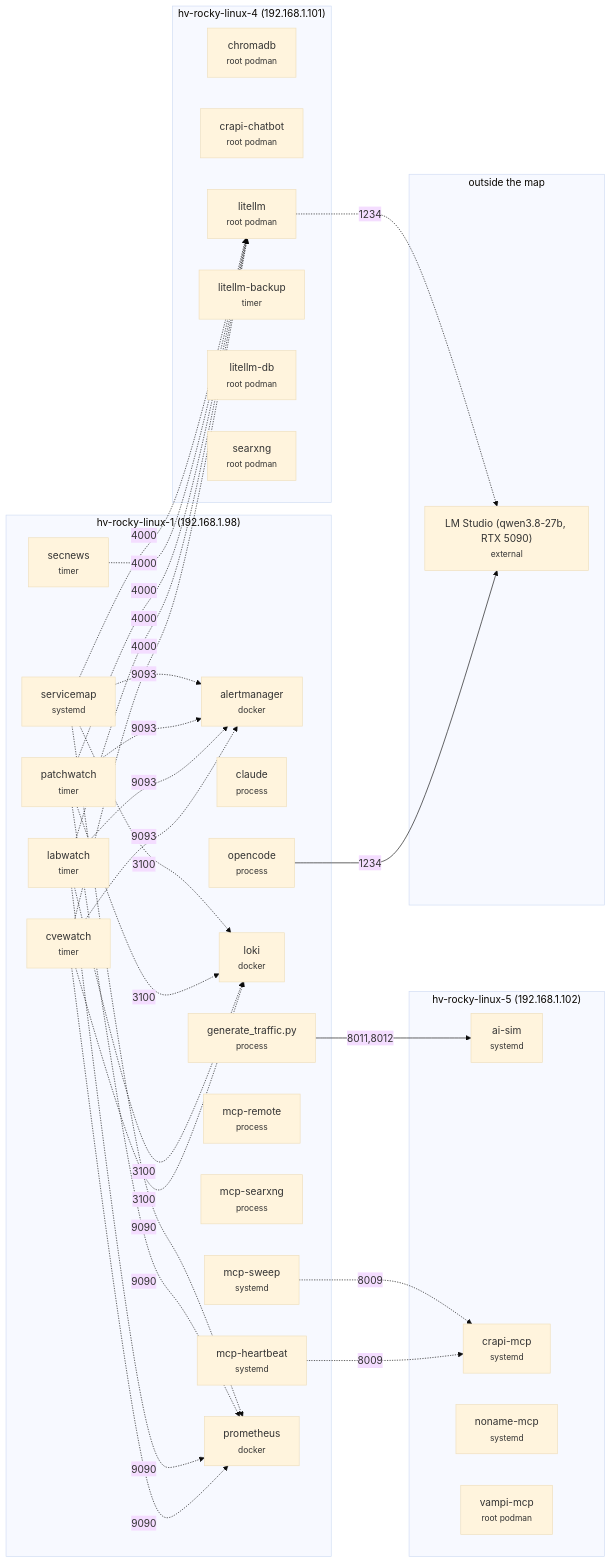
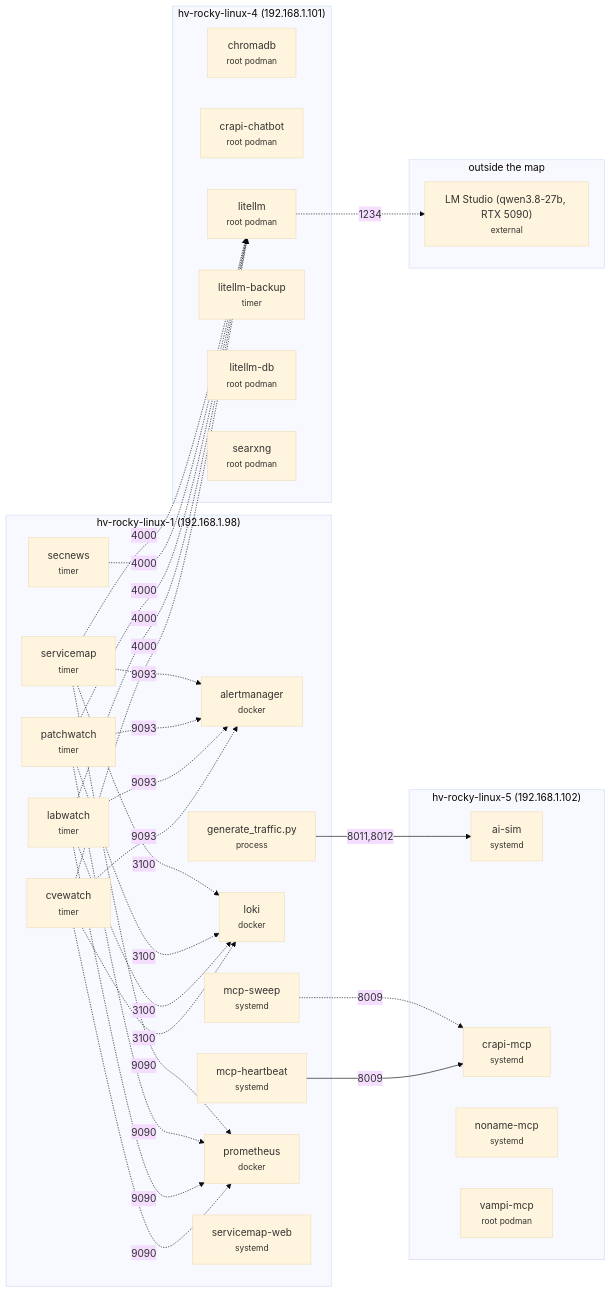
The diagram in service-map/README.md (mcropsey/cropsey-lab), drawn with Mermaid (base theme) before and after one commit. The commit also changed other lines of this file and 6 other files, not shown here.

First line of the commit message:
service-map: 2026-10-14 - -4 (claude, mcp-remote, mcp-searxng, opencode); 1 changed

````diff
--- a/service-map/README.md
+++ b/service-map/README.md
@@ -15,59 +17,55 @@
 ```mermaid
 flowchart LR
   subgraph ned5a715a["hv-rocky-linux-1 (192.168.1.98)"]
     n8f651301["alertmanager<br/><small>docker</small>"]
-    neb1af482["claude<br/><small>process</small>"]
     n8dc796a2["cvewatch<br/><small>timer</small>"]
     n48c4898e["generate_traffic.py<br/><small>process</small>"]
     nd6fb9104["labwatch<br/><small>timer</small>"]
     n941b31c1["loki<br/><small>docker</small>"]
     n5b143553["mcp-heartbeat<br/><small>systemd</small>"]
-    n7a268ec1["mcp-remote<br/><small>process</small>"]
-    nc17e9383["mcp-searxng<br/><small>process</small>"]
     n58c79f44["mcp-sweep<br/><small>systemd</small>"]
-    n78202db4["opencode<br/><small>process</small>"]
     nce8753db["patchwatch<br/><small>timer</small>"]
     n02586a2d["prometheus<br/><small>docker</small>"]
     n6d57d599["secnews<br/><small>timer</small>"]
-    n6a5837e4["servicemap<br/><small>systemd</small>"]
+    n6a5837e4["servicemap<br/><small>timer</small>"]
+    na22c2867["servicemap-web<br/><small>systemd</small>"]
   end
   subgraph n36ab8e4d["hv-rocky-linux-4 (192.168.1.101)"]
     n0461fc1d["chromadb<br/><small>root podman</small>"]
     n5c6b5155["crapi-chatbot<br/><small>root podman</small>"]
     ne2915bec["litellm<br/><small>root podman</small>"]
     n330d721c["litellm-backup<br/><small>timer</small>"]
     ncbec0408["litellm-db<br/><small>root podman</small>"]
     nbffaded7["searxng<br/><small>root podman</small>"]
   end
   subgraph nb61e3590["hv-rocky-linux-5 (192.168.1.102)"]
     nfaf72a42["ai-sim<br/><small>systemd</small>"]
     n0286a0d8["crapi-mcp<br/><small>systemd</small>"]
     nc32c2bb2["noname-mcp<br/><small>systemd</small>"]
     n3a63784e["vampi-mcp<br/><small>root podman</small>"]
   end
   subgraph n27d5482e["outside the map"]
     nda547473["LM Studio (qwen3.8-27b, RTX 5090)<br/><small>external</small>"]
   end
-  n78202db4 -->|1234| nda547473
   n48c4898e -->|8011,8012| nfaf72a42
+  n5b143553 -->|8009| n0286a0d8
   n8dc796a2 -.->|4000| ne2915bec
   n8dc796a2 -.->|3100| n941b31c1
   n8dc796a2 -.->|9090| n02586a2d
   n8dc796a2 -.->|9093| n8f651301
   nd6fb9104 -.->|4000| ne2915bec
   nd6fb9104 -.->|3100| n941b31c1
   nd6fb9104 -.->|9090| n02586a2d
   nd6fb9104 -.->|9093| n8f651301
-  n5b143553 -.->|8009| n0286a0d8
   n58c79f44 -.->|8009| n0286a0d8
   nce8753db -.->|4000| ne2915bec
   nce8753db -.->|3100| n941b31c1
   nce8753db -.->|9090| n02586a2d
   nce8753db -.->|9093| n8f651301
   n6d57d599 -.->|4000| ne2915bec
   n6a5837e4 -.->|4000| ne2915bec
   n6a5837e4 -.->|3100| n941b31c1
   n6a5837e4 -.->|9090| n02586a2d
   n6a5837e4 -.->|9093| n8f651301
   ne2915bec -.->|1234| nda547473
 ```
````
